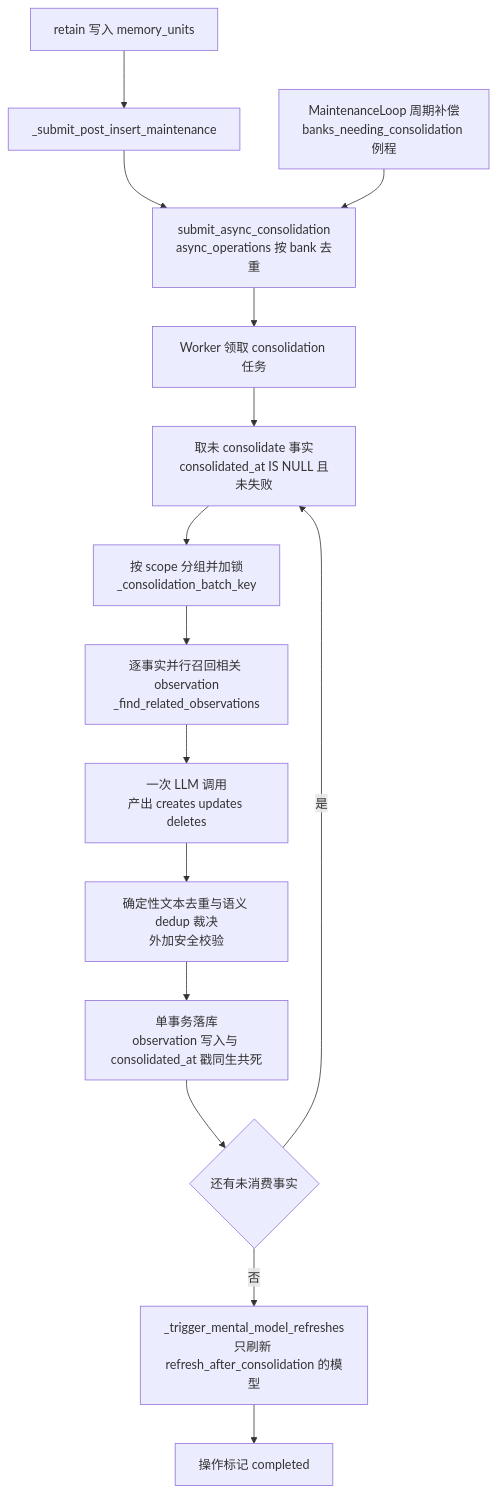
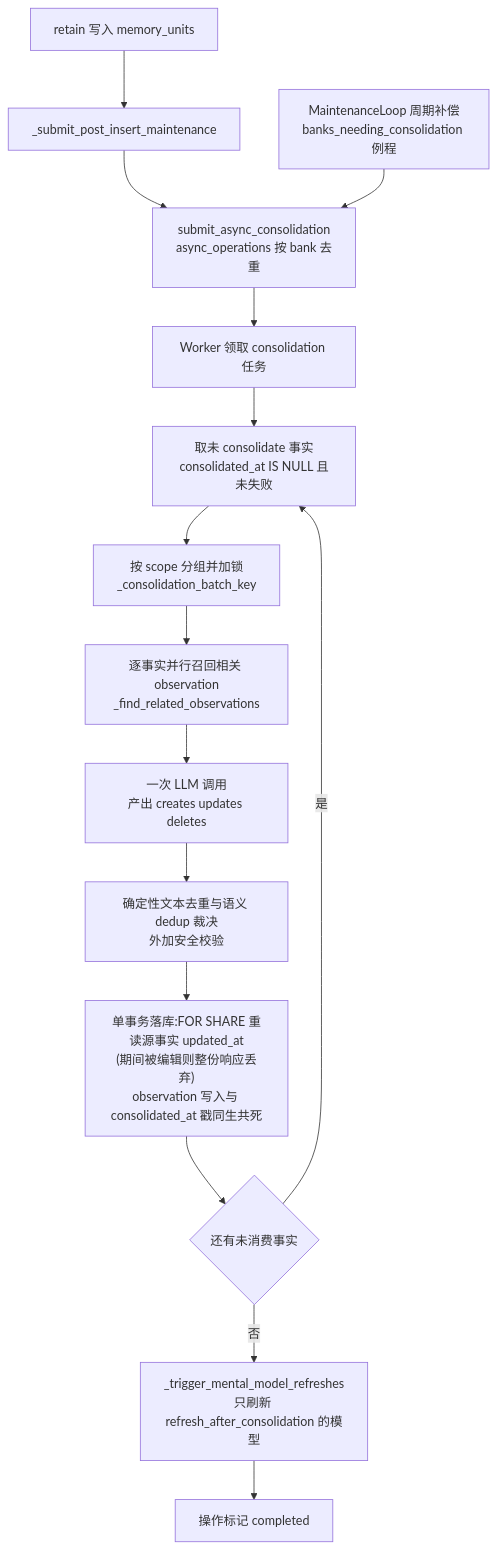
The second of 3 diagrams in docs/hindsight/source-study/04-reflect-与-consolidation.md (stefanv5/memory-platform-architecture), drawn with Mermaid before and after one commit. The commit also changed other lines of this file and 7 other files, not shown here.

````diff
--- a/docs/hindsight/source-study/04-reflect-与-consolidation.md
+++ b/docs/hindsight/source-study/04-reflect-与-consolidation.md
@@ -234,17 +243,17 @@
 ```mermaid
 flowchart TD
     R["retain 写入 memory_units"] --> H["_submit_post_insert_maintenance"]
     H --> S["submit_async_consolidation<br/>async_operations 按 bank 去重"]
     M["MaintenanceLoop 周期补偿<br/>banks_needing_consolidation 例程"] --> S
     S --> W["Worker 领取 consolidation 任务"]
     W --> F["取未 consolidate 事实<br/>consolidated_at IS NULL 且未失败"]
     F --> G["按 scope 分组并加锁<br/>_consolidation_batch_key"]
     G --> P["逐事实并行召回相关 observation<br/>_find_related_observations"]
     P --> L["一次 LLM 调用<br/>产出 creates updates deletes"]
     L --> V["确定性文本去重与语义 dedup 裁决<br/>外加安全校验"]
-    V --> T["单事务落库<br/>observation 写入与 consolidated_at 戳同生共死"]
+    V --> T["单事务落库:FOR SHARE 重读源事实 updated_at<br/>(期间被编辑则整份响应丢弃)<br/>observation 写入与 consolidated_at 戳同生共死"]
     T --> Q{"还有未消费事实"}
     Q -->|"是"| F
     Q -->|"否"| MM["_trigger_mental_model_refreshes<br/>只刷新 refresh_after_consolidation 的模型"]
     MM --> Z["操作标记 completed"]
 ```
````
